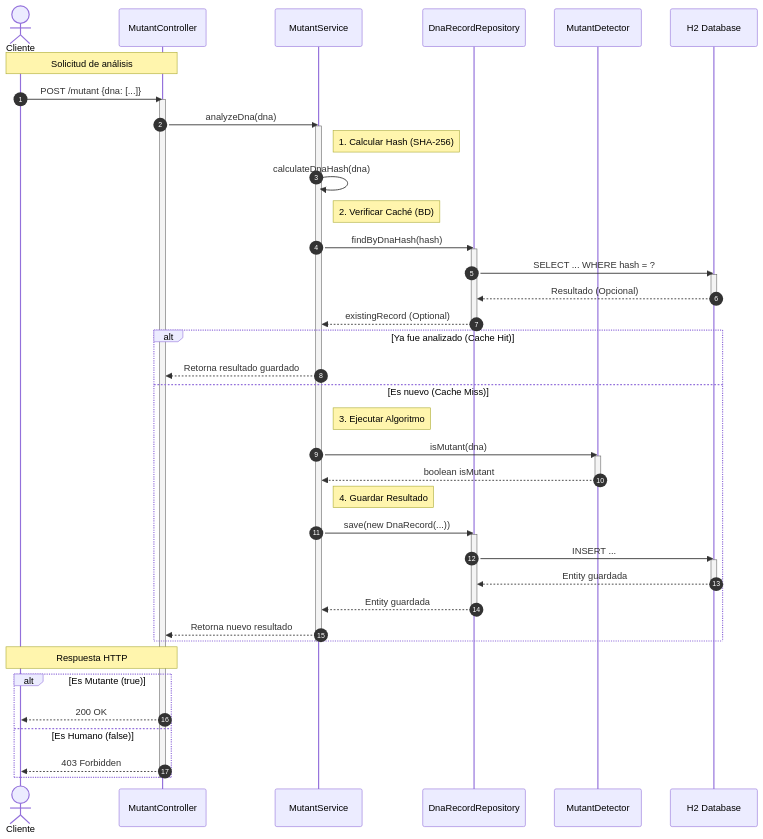
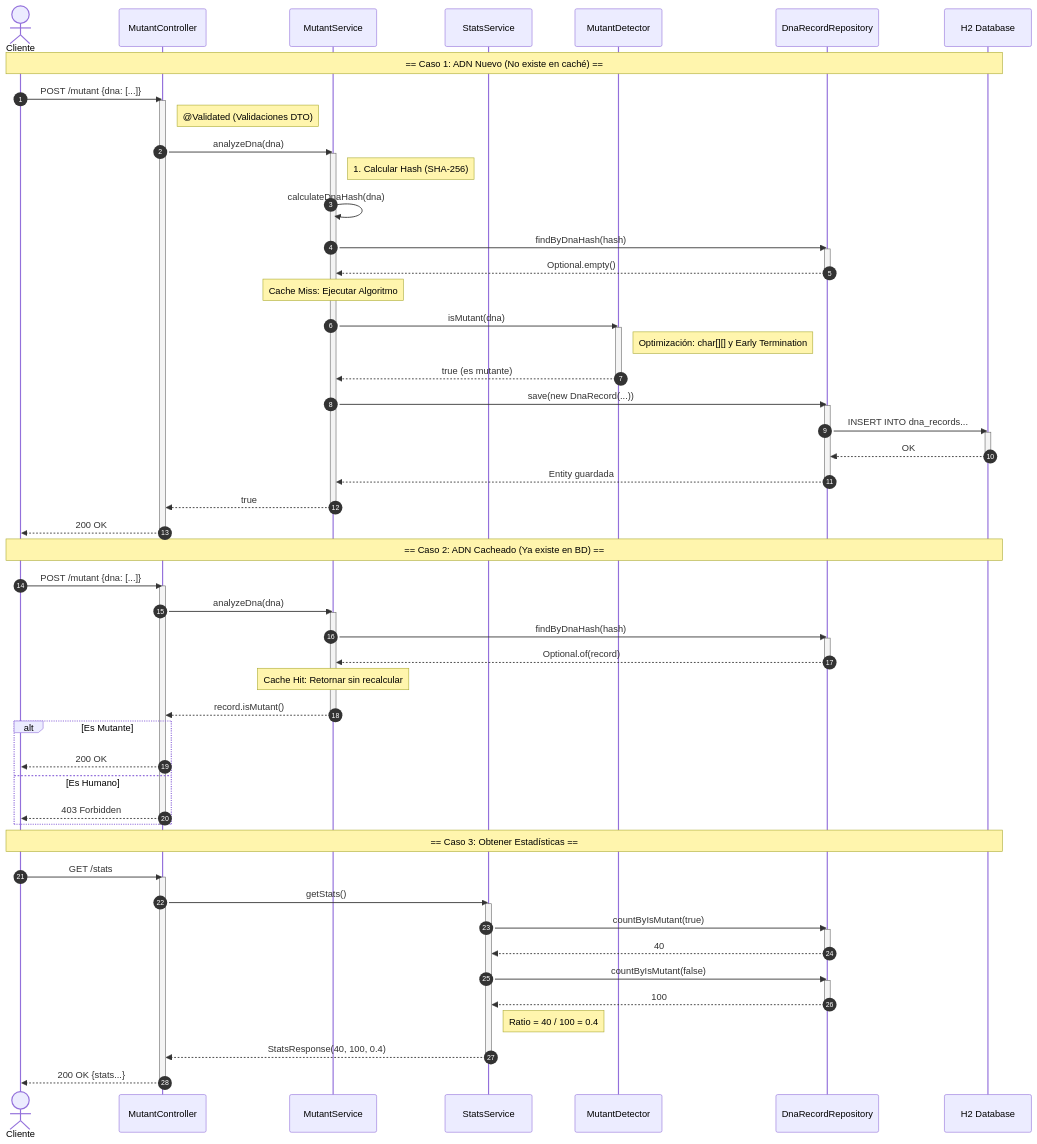
Before and after one commit to valentinaluna14/ExamenMercado-main: the diagram in README.md, drawn with Mermaid. The commit also changed 2 other files, not shown here.

````diff
--- a/README.md
+++ b/README.md
@@ -63,61 +63,102 @@
 ```mermaid
 sequenceDiagram
     autonumber
-    actor Cliente
+    actor Client as Cliente
     participant Controller as MutantController
     participant Service as MutantService
+    participant Stats as StatsService
+    participant Detector as MutantDetector
     participant Repo as DnaRecordRepository
-    participant Detector as MutantDetector
     participant DB as H2 Database
 
-    Note over Cliente, Controller: Solicitud de análisis
-    Cliente->>Controller: POST /mutant {dna: [...]}
+    Note over Client, DB: == Caso 1: ADN Nuevo (No existe en caché) ==
+
+    Client->>Controller: POST /mutant {dna: [...]}
+    activate Controller
     
-    activate Controller
+    Note right of Controller: @Validated (Validaciones DTO)
+    
     Controller->>Service: analyzeDna(dna)
+    activate Service
     
-    activate Service
     Note right of Service: 1. Calcular Hash (SHA-256)
     Service->>Service: calculateDnaHash(dna)
     
-    Note right of Service: 2. Verificar Caché (BD)
     Service->>Repo: findByDnaHash(hash)
     activate Repo
-    Repo->>DB: SELECT ... WHERE hash = ?
-    activate DB
-    DB-->>Repo: Resultado (Opcional)
-    deactivate DB
-    Repo-->>Service: existingRecord (Optional)
+    Repo-->>Service: Optional.empty()
     deactivate Repo
 
-    alt Ya fue analizado (Cache Hit)
-        Service-->>Controller: Retorna resultado guardado
-    else Es nuevo (Cache Miss)
-        Note right of Service: 3. Ejecutar Algoritmo
-        Service->>Detector: isMutant(dna)
-        activate Detector
-        Detector-->>Service: boolean isMutant
-        deactivate Detector
+    Note over Service: Cache Miss: Ejecutar Algoritmo
 
-        Note right of Service: 4. Guardar Resultado
-        Service->>Repo: save(new DnaRecord(...))
-        activate Repo
-        Repo->>DB: INSERT ...
-        activate DB
-        DB-->>Repo: Entity guardada
-        deactivate DB
-        Repo-->>Service: Entity guardada
-        deactivate Repo
-        
-        Service-->>Controller: Retorna nuevo resultado
-    end
+    Service->>Detector: isMutant(dna)
+    activate Detector
+    Note right of Detector: Optimización: char[][] y Early Termination
+    Detector-->>Service: true (es mutante)
+    deactivate Detector
+
+    Service->>Repo: save(new DnaRecord(...))
+    activate Repo
+    Repo->>DB: INSERT INTO dna_records...
+    activate DB
+    DB-->>Repo: OK
+    deactivate DB
+    Repo-->>Service: Entity guardada
+    deactivate Repo
+    
+    Service-->>Controller: true
     deactivate Service
+    
+    Controller-->>Client: 200 OK
+    deactivate Controller
 
-    Note over Controller, Cliente: Respuesta HTTP
-    alt Es Mutante (true)
-        Controller-->>Cliente: 200 OK
-    else Es Humano (false)
-        Controller-->>Cliente: 403 Forbidden
+    Note over Client, DB: == Caso 2: ADN Cacheado (Ya existe en BD) ==
+
+    Client->>Controller: POST /mutant {dna: [...]}
+    activate Controller
+    Controller->>Service: analyzeDna(dna)
+    activate Service
+    
+    Service->>Repo: findByDnaHash(hash)
+    activate Repo
+    Repo-->>Service: Optional.of(record)
+    deactivate Repo
+    
+    Note over Service: Cache Hit: Retornar sin recalcular
+    
+    Service-->>Controller: record.isMutant()
+    deactivate Service
+    
+    alt Es Mutante
+        Controller-->>Client: 200 OK
+    else Es Humano
+        Controller-->>Client: 403 Forbidden
     end
     deactivate Controller
+
+    Note over Client, DB: == Caso 3: Obtener Estadísticas ==
+
+    Client->>Controller: GET /stats
+    activate Controller
+    
+    Controller->>Stats: getStats()
+    activate Stats
+    
+    Stats->>Repo: countByIsMutant(true)
+    activate Repo
+    Repo-->>Stats: 40
+    deactivate Repo
+    
+    Stats->>Repo: countByIsMutant(false)
+    activate Repo
+    Repo-->>Stats: 100
+    deactivate Repo
+    
+    Note right of Stats: Ratio = 40 / 100 = 0.4
+    
+    Stats-->>Controller: StatsResponse(40, 100, 0.4)
+    deactivate Stats
+    
+    Controller-->>Client: 200 OK {stats...}
+    deactivate Controller
 ```
````
